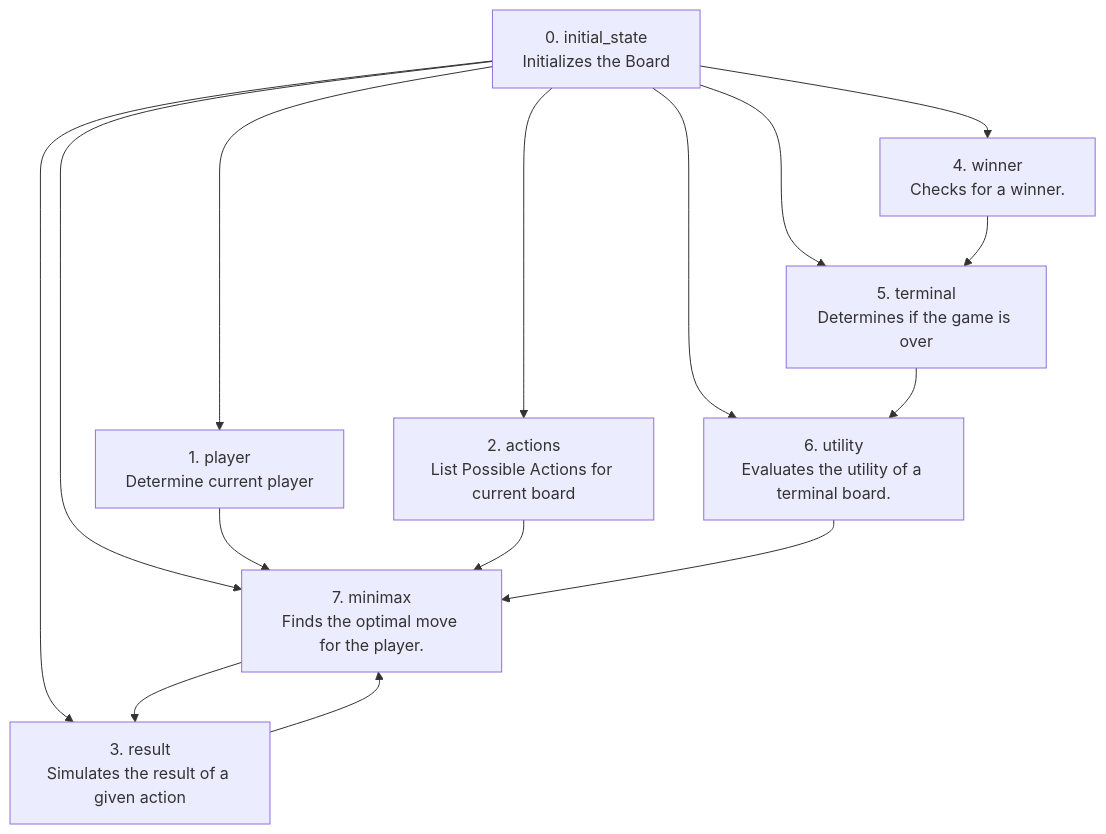
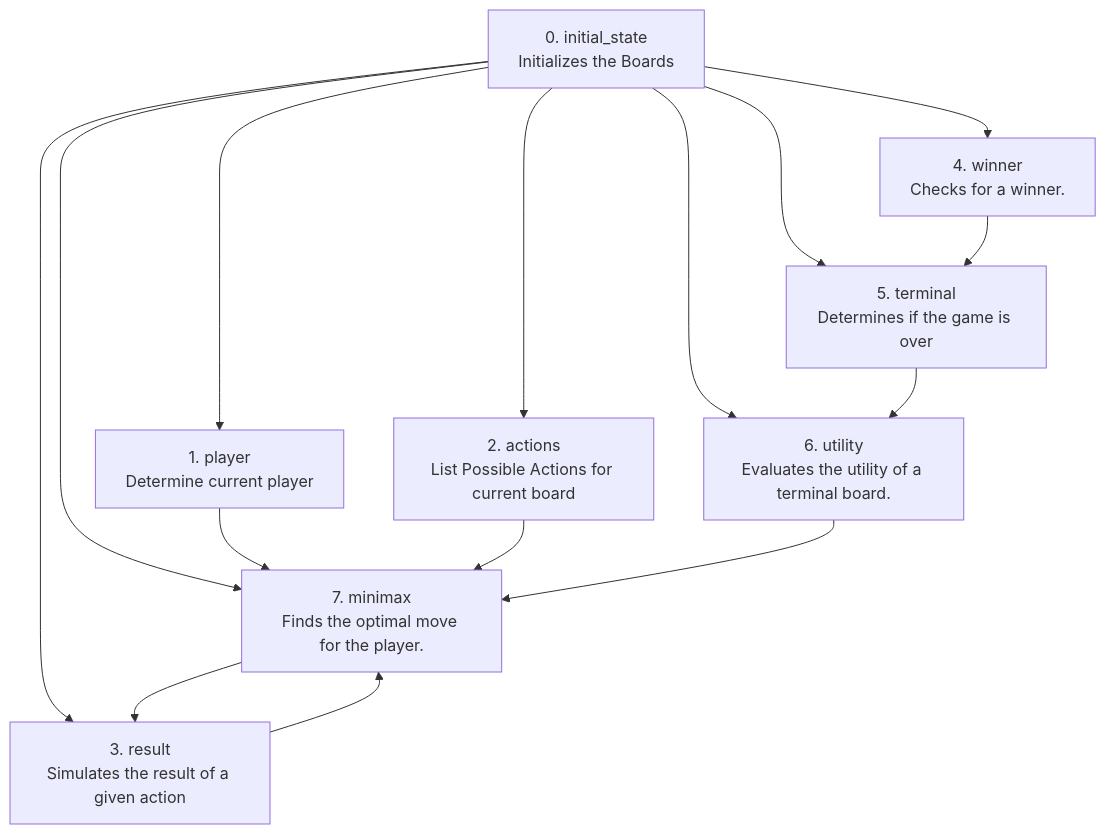
The diagram in mermaid.md (MasonDG21/harvard-cs50ai-tictactoe), drawn with Mermaid before and after one commit.

````diff
--- a/mermaid.md
+++ b/mermaid.md
@@ -1,30 +1,30 @@
 ```mermaid
 graph TD
-    A["0. initial_state\nInitializes the Board"]
+    A["0. initial_state\nInitializes the Boards"]
     B["1. player\nDetermine current player"]
     C["2. actions\nList Possible Actions for current board"]
     D["3. result\nSimulates the result of a given action"]
     E["4. winner\nChecks for a winner."]
     F["5. terminal\nDetermines if the game is over"]
     G["6. utility\nEvaluates the utility of a terminal board."]
     H["7. minimax\nFinds the optimal move for the player."]
 
 
 
     A --> B
     A --> C
     A --> D
     A --> E
     A --> F
     A --> G
     A --> H
     
     B --> H
     C --> H
     D --> H
     E --> F
     F --> G
     G --> H
     H --> D
 
 ```
````
